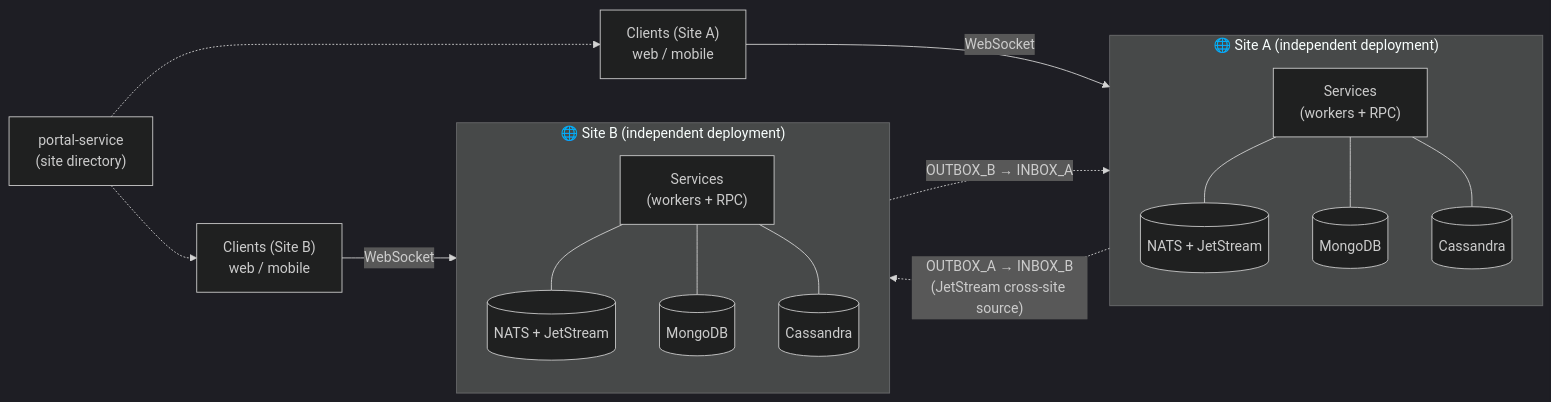
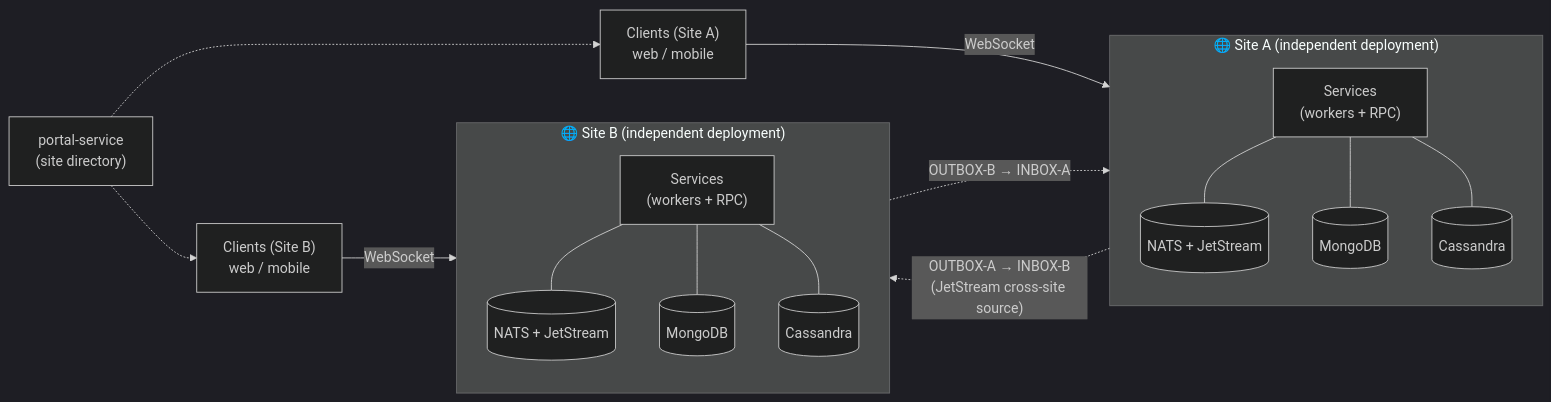
One commit to hmchangw/newchat changed the first of 5 diagrams in docs/architecture.md. Above: the diagram before and after it, drawn with Mermaid (dark theme). The commit also changed other lines of this file and 95 other files, not shown here.

First line of the commit message:
Rename JetStream stream names from underscore to hyphen format (#181)

````diff
--- a/docs/architecture.md
+++ b/docs/architecture.md
@@ -20,33 +20,33 @@
 ```mermaid
 flowchart LR
     subgraph SiteA["🌐 Site A (independent deployment)"]
         direction TB
         NA[("NATS + JetStream")]
         SVCA["Services<br/>(workers + RPC)"]
         DBA[("MongoDB")]
         CASA[("Cassandra")]
         SVCA --- NA
         SVCA --- DBA
         SVCA --- CASA
     end
 
     subgraph SiteB["🌐 Site B (independent deployment)"]
         direction TB
         NB[("NATS + JetStream")]
         SVCB["Services<br/>(workers + RPC)"]
         DBB[("MongoDB")]
         CASB[("Cassandra")]
         SVCB --- NB
         SVCB --- DBB
         SVCB --- CASB
     end
 
     CA["Clients (Site A)<br/>web / mobile"] -->|WebSocket| NA
     CB["Clients (Site B)<br/>web / mobile"] -->|WebSocket| NB
 
-    NA -. "OUTBOX_A → INBOX_B<br/>(JetStream cross-site source)" .-> NB
-    NB -. "OUTBOX_B → INBOX_A" .-> NA
+    NA -. "OUTBOX-A → INBOX-B<br/>(JetStream cross-site source)" .-> NB
+    NB -. "OUTBOX-B → INBOX-A" .-> NA
 
     Portal["portal-service<br/>(site directory)"] -.-> CA
     Portal -.-> CB
 ```
````
